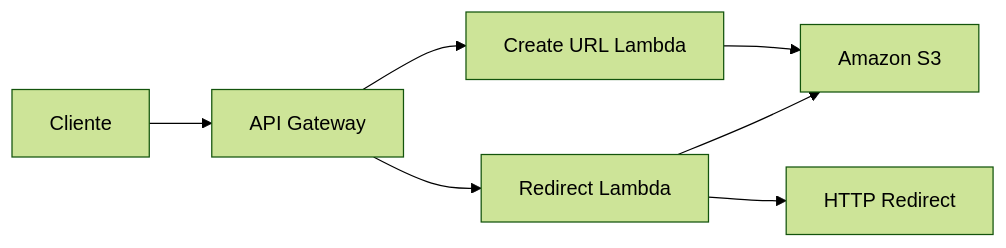
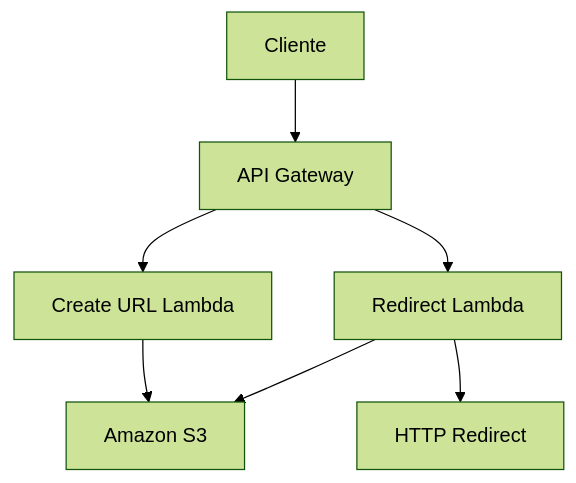
One commit to Alan-oliveir/URL_Shortener_System changed the diagram in docs/index.md. Above: the diagram before and after it, drawn with Mermaid (forest theme). The commit also changed other lines of this file and 12 other files, not shown here.

````diff
--- a/docs/index.md
+++ b/docs/index.md
@@ -9,9 +9,9 @@
 ```mermaid
-graph LR
+graph TD
     A[Cliente] --> B[API Gateway]
     B --> C[Create URL Lambda]
     B --> D[Redirect Lambda]
     C --> E[Amazon S3]
     D --> E
     D --> F[HTTP Redirect]
 ```
````
